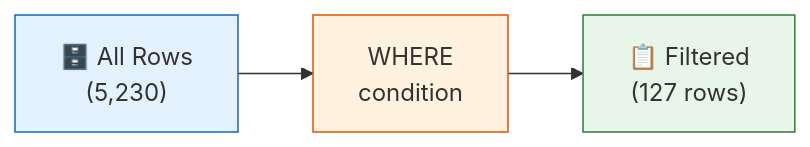
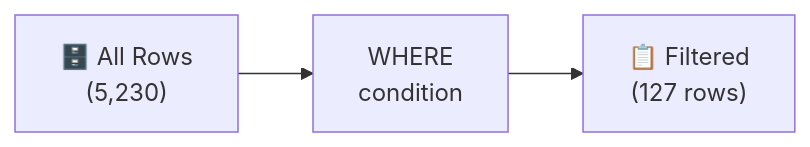
The diagram in docs/en/beginner/02-where.md (civilian7/sql-tutorial), drawn with Mermaid before and after one commit. The commit also changed other lines of this file and 101 other files, not shown here.

````diff
--- a/docs/en/beginner/02-where.md
+++ b/docs/en/beginner/02-where.md
@@ -5,7 +5,4 @@
 ```mermaid
 flowchart LR
     T["🗄️ All Rows\n(5,230)"] --> W["WHERE\ncondition"] --> R["📋 Filtered\n(127 rows)"]
-    style T fill:#e3f2fd,stroke:#1565c0
-    style W fill:#fff3e0,stroke:#e65100
-    style R fill:#e8f5e9,stroke:#2e7d32
 ```
````
